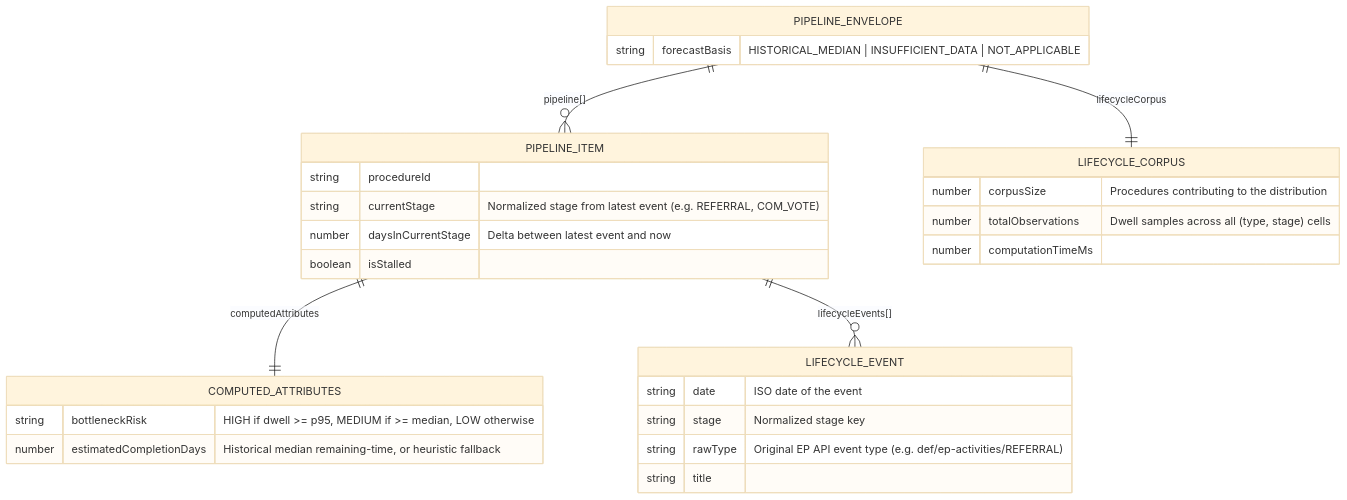
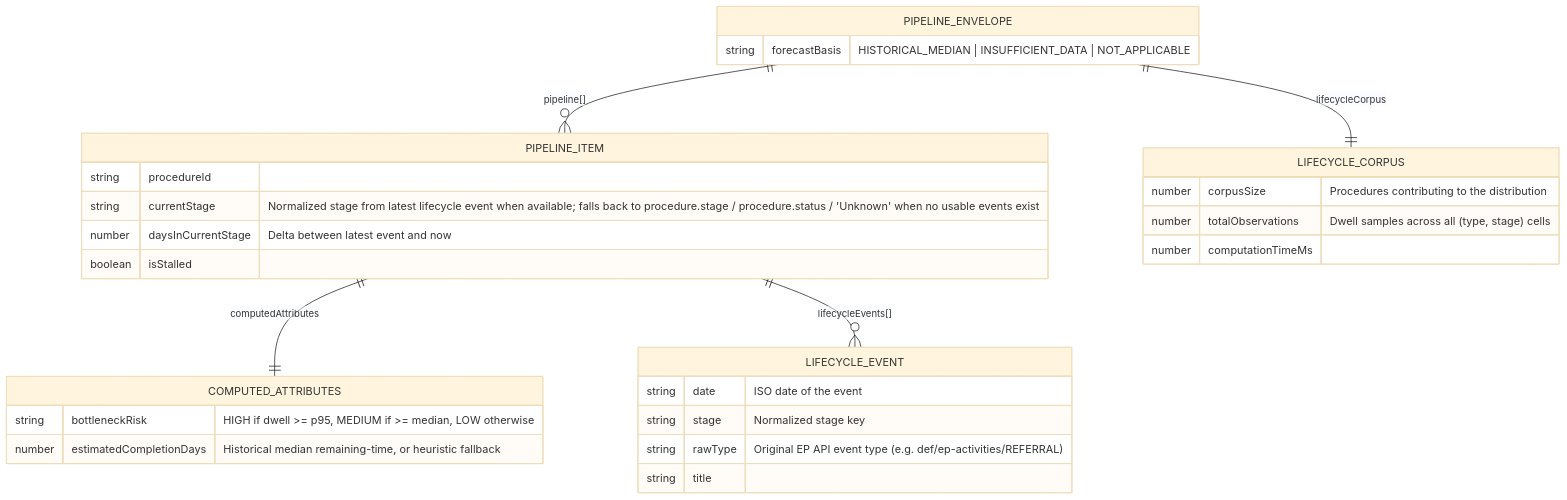
The eighth of 8 diagrams in DATA_MODEL.md (Hack23/European-Parliament-MCP-Server), drawn with Mermaid (base theme) before and after one commit. The commit also changed 2 other files, not shown here.

Commit message:
Address review: key lifecycle cache by corpusSize; tighten loadLifecycleModelWithBudget; wrap tool errors in ToolError; doc currentStage fallback
Agent-Logs-Url: https://github.com/Hack23/European-Parliament-MCP-Server/sessions/2917f261-66da-4711-9cc3-145be782d5bb

````diff
--- a/DATA_MODEL.md
+++ b/DATA_MODEL.md
@@ -431,36 +431,36 @@
 ```mermaid
 erDiagram
     PIPELINE_ITEM {
         string procedureId
-        string currentStage "Normalized stage from latest event (e.g. REFERRAL, COM_VOTE)"
+        string currentStage "Normalized stage from latest lifecycle event when available; falls back to procedure.stage / procedure.status / 'Unknown' when no usable events exist"
         number daysInCurrentStage "Delta between latest event and now"
         boolean isStalled
     }
 
     COMPUTED_ATTRIBUTES {
         string bottleneckRisk "HIGH if dwell >= p95, MEDIUM if >= median, LOW otherwise"
         number estimatedCompletionDays "Historical median remaining-time, or heuristic fallback"
     }
 
     LIFECYCLE_EVENT {
         string date "ISO date of the event"
         string stage "Normalized stage key"
         string rawType "Original EP API event type (e.g. def/ep-activities/REFERRAL)"
         string title
     }
 
     LIFECYCLE_CORPUS {
         number corpusSize "Procedures contributing to the distribution"
         number totalObservations "Dwell samples across all (type, stage) cells"
         number computationTimeMs
     }
 
     PIPELINE_ENVELOPE {
         string forecastBasis "HISTORICAL_MEDIAN | INSUFFICIENT_DATA | NOT_APPLICABLE"
     }
 
     PIPELINE_ENVELOPE ||--o{ PIPELINE_ITEM : "pipeline[]"
     PIPELINE_ITEM ||--|| COMPUTED_ATTRIBUTES : "computedAttributes"
     PIPELINE_ITEM ||--o{ LIFECYCLE_EVENT : "lifecycleEvents[]"
     PIPELINE_ENVELOPE ||--|| LIFECYCLE_CORPUS : "lifecycleCorpus"
 ```
````
